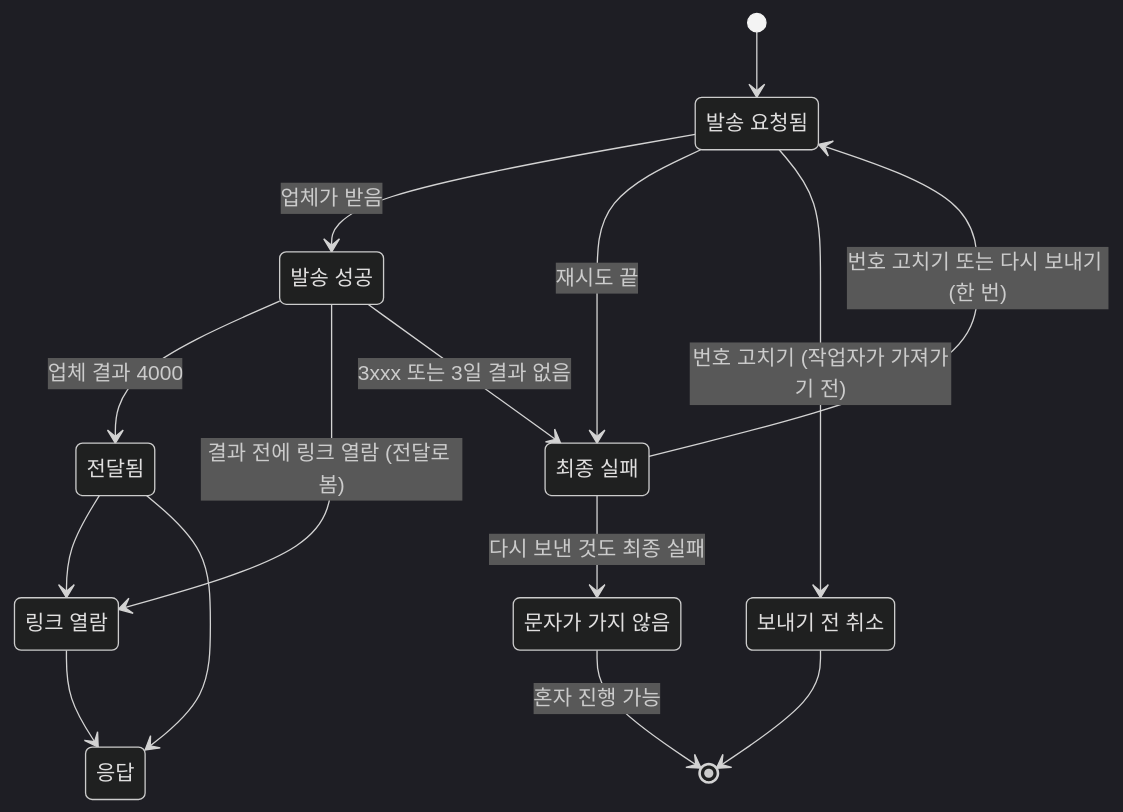
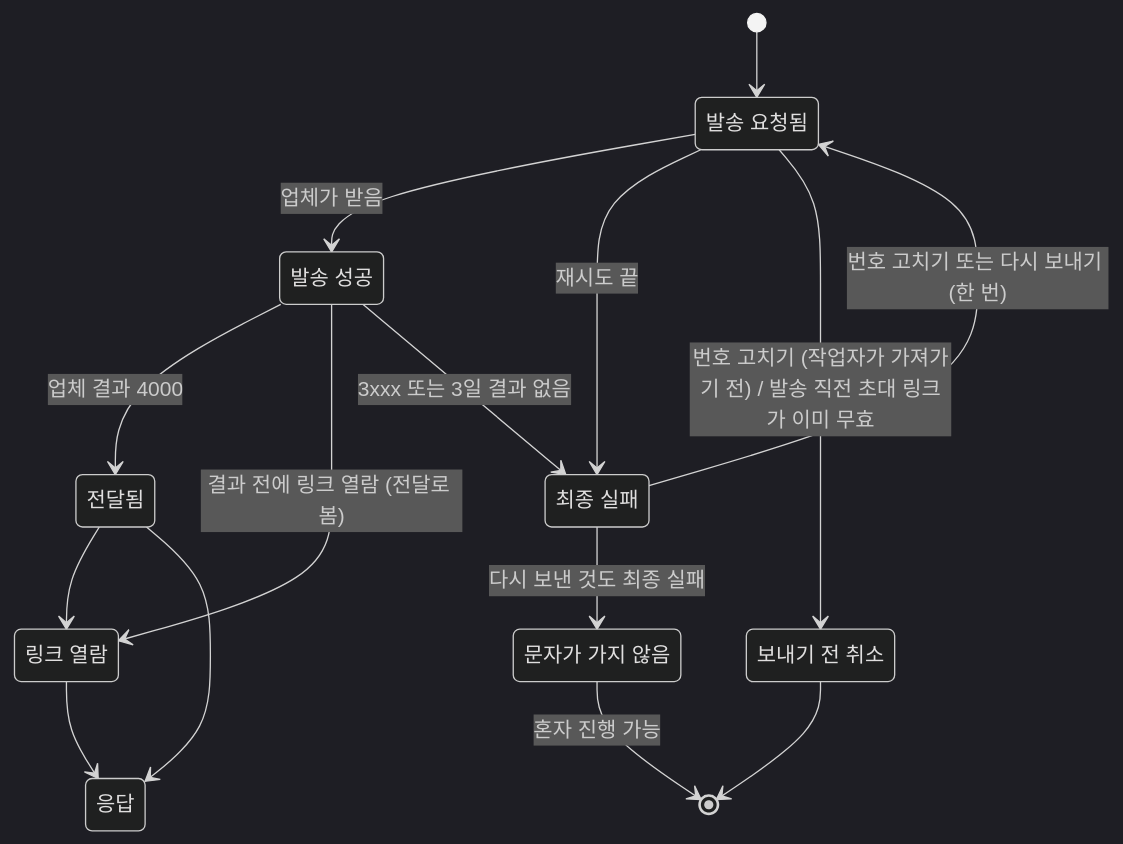
One commit to prgrms-be-devcourse/NBE12-14-final-homestamp changed diagram 13 of 14 in docs/rules/03-상태와-규칙.md. Above: the diagram before and after it, drawn with Mermaid (dark theme). The commit also changed 1 other file, not shown here.

Commit message:
docs: 06 변경 기록 번호와 03 취소 전이 바로잡기

````diff
--- a/docs/rules/03-상태와-규칙.md
+++ b/docs/rules/03-상태와-규칙.md
@@ -669,25 +669,25 @@
 ```mermaid
 stateDiagram-v2
     state "발송 요청됨" as Requested
     state "발송 성공" as Sent
     state "전달됨" as Delivered
     state "링크 열람" as Viewed
     state "응답" as Answered
     state "최종 실패" as Failed
     state "문자가 가지 않음" as Undeliv
     state "보내기 전 취소" as Cancelled
     [*] --> Requested
     Requested --> Sent : 업체가 받음
     Requested --> Failed : 재시도 끝
-    Requested --> Cancelled : 번호 고치기 (작업자가 가져가기 전)
+    Requested --> Cancelled : 번호 고치기 (작업자가 가져가기 전) / 발송 직전 초대 링크가 이미 무효
     Cancelled --> [*]
     Sent --> Delivered : 업체 결과 4000
     Sent --> Viewed : 결과 전에 링크 열람 (전달로 봄)
     Sent --> Failed : 3xxx 또는 3일 결과 없음
     Delivered --> Viewed
     Delivered --> Answered
     Viewed --> Answered
     Failed --> Requested : 번호 고치기 또는 다시 보내기 (한 번)
     Failed --> Undeliv : 다시 보낸 것도 최종 실패
     Undeliv --> [*] : 혼자 진행 가능
 ```
````
